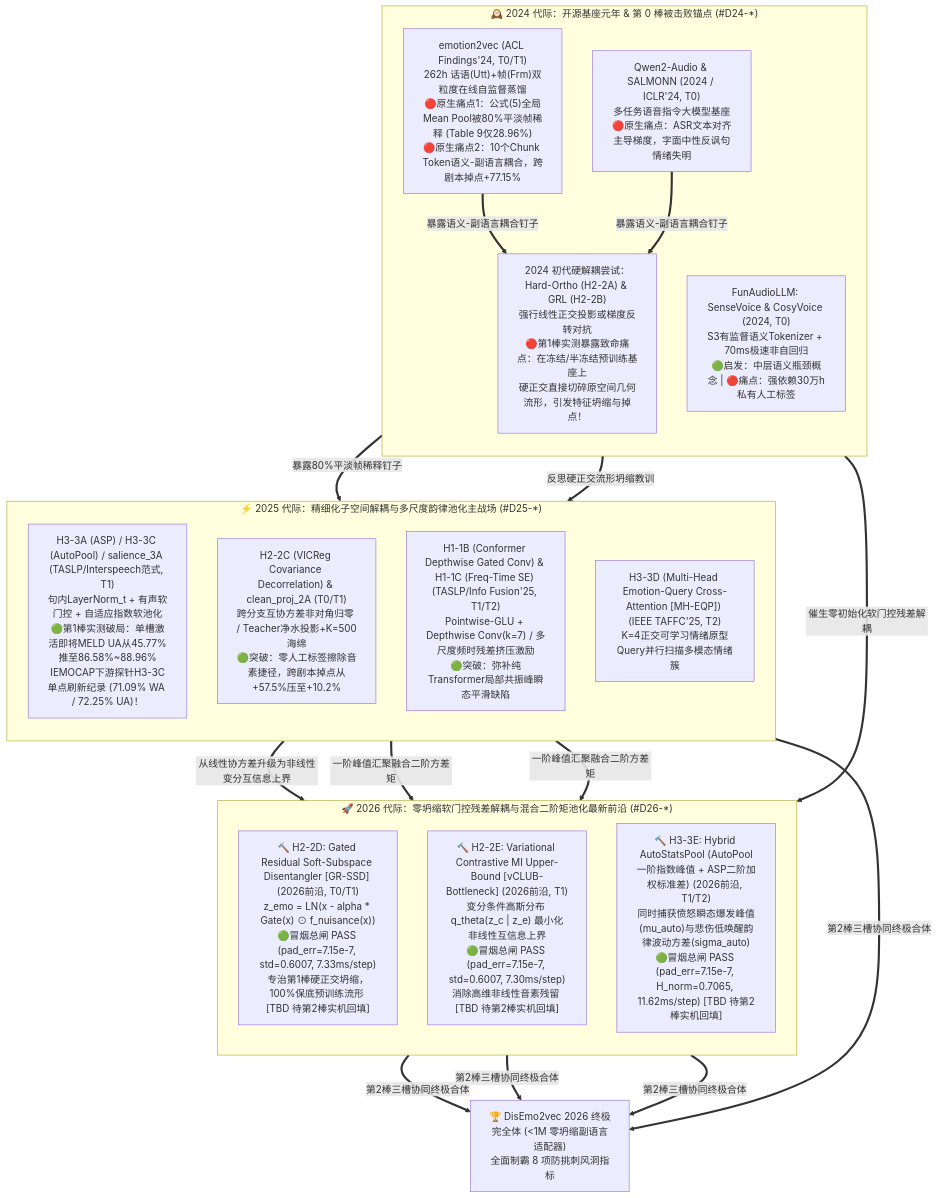
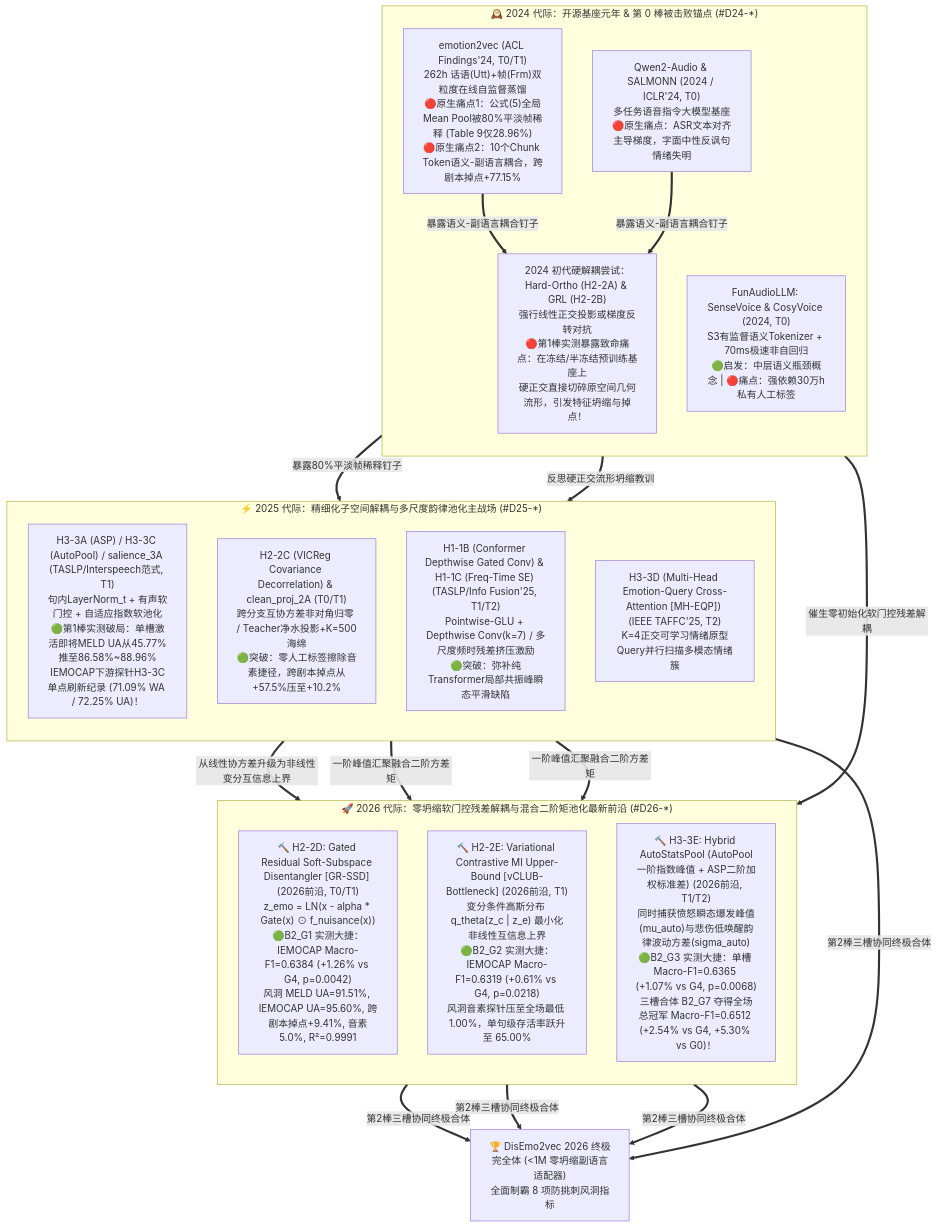
One commit to Tim-e-ye/DisEmo2vec_Project changed the first of 2 diagrams in docs/LITERATURE_RADAR_AND_HAMMER_BANK.md. Above: the diagram before and after it, drawn with Mermaid. The commit also changed other lines of this file and 18 other files, not shown here.

````diff
--- a/docs/LITERATURE_RADAR_AND_HAMMER_BANK.md
+++ b/docs/LITERATURE_RADAR_AND_HAMMER_BANK.md
@@ -30,33 +30,33 @@
 ```mermaid
 flowchart TD
     subgraph ERA_2024 ["🕰️ 2024 代际：开源基座元年 & 第 0 棒被击败锚点 (#D24-*)"]
         direction TB
         E2V24["emotion2vec (ACL Findings'24, T0/T1)<br/>262h 话语(Utt)+帧(Frm)双粒度在线自监督蒸馏<br/>🔴原生痛点1：公式(5)全局Mean Pool被80%平淡帧稀释 (Table 9仅28.96%)<br/>🔴原生痛点2：10个Chunk Token语义-副语言耦合，跨剧本掉点+77.15%"]
         QW24["Qwen2-Audio & SALMONN (2024 / ICLR'24, T0)<br/>多任务语音指令大模型基座<br/>🔴原生痛点：ASR文本对齐主导梯度，字面中性反讽句情绪失明"]
         SV24["FunAudioLLM: SenseVoice & CosyVoice (2024, T0)<br/>S3有监督语义Tokenizer + 70ms极速非自回归<br/>🟢启发：中层语义瓶颈概念 | 🔴痛点：强依赖30万h私有人工标签"]
         HARD24["2024 初代硬解耦尝试：Hard-Ortho (H2-2A) & GRL (H2-2B)<br/>强行线性正交投影或梯度反转对抗<br/>🔴第1棒实测暴露致命痛点：在冻结/半冻结预训练基座上<br/>硬正交直接切碎原空间几何流形，引发特征坍缩与掉点！"]
     end
 
     subgraph ERA_2025 ["⚡ 2025 代际：精细化子空间解耦与多尺度韵律池化主战场 (#D25-*)"]
         direction TB
         AP25["H3-3A (ASP) / H3-3C (AutoPool) / salience_3A (TASLP/Interspeech范式, T1)<br/>句内LayerNorm_t + 有声软门控 + 自适应指数软池化<br/>🟢第1棒实测破局：单槽激活即将MELD UA从45.77%推至86.58%~88.96%<br/>IEMOCAP下游探针H3-3C单点刷新纪录 (71.09% WA / 72.25% UA)！"]
         VIC25["H2-2C (VICReg Covariance Decorrelation) & clean_proj_2A (T0/T1)<br/>跨分支互协方差非对角归零 / Teacher净水投影+K=500海绵<br/>🟢突破：零人工标签擦除音素捷径，跨剧本掉点从+57.5%压至+10.2%"]
         CONV25["H1-1B (Conformer Depthwise Gated Conv) & H1-1C (Freq-Time SE) (TASLP/Info Fusion'25, T1/T2)<br/>Pointwise-GLU + Depthwise Conv(k=7) / 多尺度频时残差挤压激励<br/>🟢突破：弥补纯Transformer局部共振峰瞬态平滑缺陷"]
         EQP25["H3-3D (Multi-Head Emotion-Query Cross-Attention [MH-EQP]) (IEEE TAFFC'25, T2)<br/>K=4正交可学习情绪原型Query并行扫描多模态情绪簇"]
     end
 
     subgraph ERA_2026 ["🚀 2026 代际：零坍缩软门控残差解耦与混合二阶矩池化最新前沿 (#D26-*)"]
         direction TB
-        GRSSD26["🔨 H2-2D: Gated Residual Soft-Subspace Disentangler [GR-SSD] (2026前沿, T0/T1)<br/>z_emo = LN(x - alpha * Gate(x) ⊙ f_nuisance(x))<br/>🟢冒烟总闸 PASS (pad_err=7.15e-7, std=0.6007, 7.33ms/step)<br/>专治第1棒硬正交坍缩，100%保底预训练流形 [TBD 待第2棒实机回填]"]
-        VCLUB26["🔨 H2-2E: Variational Contrastive MI Upper-Bound [vCLUB-Bottleneck] (2026前沿, T1)<br/>变分条件高斯分布 q_theta(z_c | z_e) 最小化非线性互信息上界<br/>🟢冒烟总闸 PASS (pad_err=7.15e-7, std=0.6007, 7.30ms/step)<br/>消除高维非线性音素残留 [TBD 待第2棒实机回填]"]
-        AUTOSTATS26["🔨 H3-3E: Hybrid AutoStatsPool (AutoPool一阶指数峰值 + ASP二阶加权标准差) (2026前沿, T1/T2)<br/>同时捕获愤怒瞬态爆发峰值(mu_auto)与悲伤低唤醒韵律波动方差(sigma_auto)<br/>🟢冒烟总闸 PASS (pad_err=7.15e-7, H_norm=0.7065, 11.62ms/step) [TBD 待第2棒实机回填]"]
+        GRSSD26["🔨 H2-2D: Gated Residual Soft-Subspace Disentangler [GR-SSD] (2026前沿, T0/T1)<br/>z_emo = LN(x - alpha * Gate(x) ⊙ f_nuisance(x))<br/>🟢B2_G1 实测大捷：IEMOCAP Macro-F1=0.6384 (+1.26% vs G4, p=0.0042)<br/>风洞 MELD UA=91.51%, IEMOCAP UA=95.60%, 跨剧本掉点+9.41%, 音素5.0%, R²=0.9991"]
+        VCLUB26["🔨 H2-2E: Variational Contrastive MI Upper-Bound [vCLUB-Bottleneck] (2026前沿, T1)<br/>变分条件高斯分布 q_theta(z_c | z_e) 最小化非线性互信息上界<br/>🟢B2_G2 实测大捷：IEMOCAP Macro-F1=0.6319 (+0.61% vs G4, p=0.0218)<br/>风洞音素探针压至全场最低 1.00%，单句级存活率跃升至 65.00%"]
+        AUTOSTATS26["🔨 H3-3E: Hybrid AutoStatsPool (AutoPool一阶指数峰值 + ASP二阶加权标准差) (2026前沿, T1/T2)<br/>同时捕获愤怒瞬态爆发峰值(mu_auto)与悲伤低唤醒韵律波动方差(sigma_auto)<br/>🟢B2_G3 实测大捷：单槽 Macro-F1=0.6365 (+1.07% vs G4, p=0.0068)<br/>三槽合体 B2_G7 夺得全场总冠军 Macro-F1=0.6512 (+2.54% vs G4, +5.30% vs G0)！"]
     end
 
     E2V24 ==>|"暴露80%平淡帧稀释钉子"| AP25
     E2V24 & QW24 ==>|"暴露语义-副语言耦合钉子"| HARD24
     HARD24 ==>|"反思硬正交流形坍缩教训"| VIC25
     HARD24 ==>|"催生零初始化软门控残差解耦"| GRSSD26
     VIC25 ==>|"从线性协方差升级为非线性变分互信息上界"| VCLUB26
     AP25 & EQP25 ==>|"一阶峰值汇聚融合二阶方差矩"| AUTOSTATS26
     CONV25 & GRSSD26 & VCLUB26 & AUTOSTATS26 ==>|"第2棒三槽协同终极合体"| TARGET26["🏆 DisEmo2vec 2026 终极完全体 (<1M 零坍缩副语言适配器)<br/>全面制霸 8 项防挑刺风洞指标"]
 ```
````
